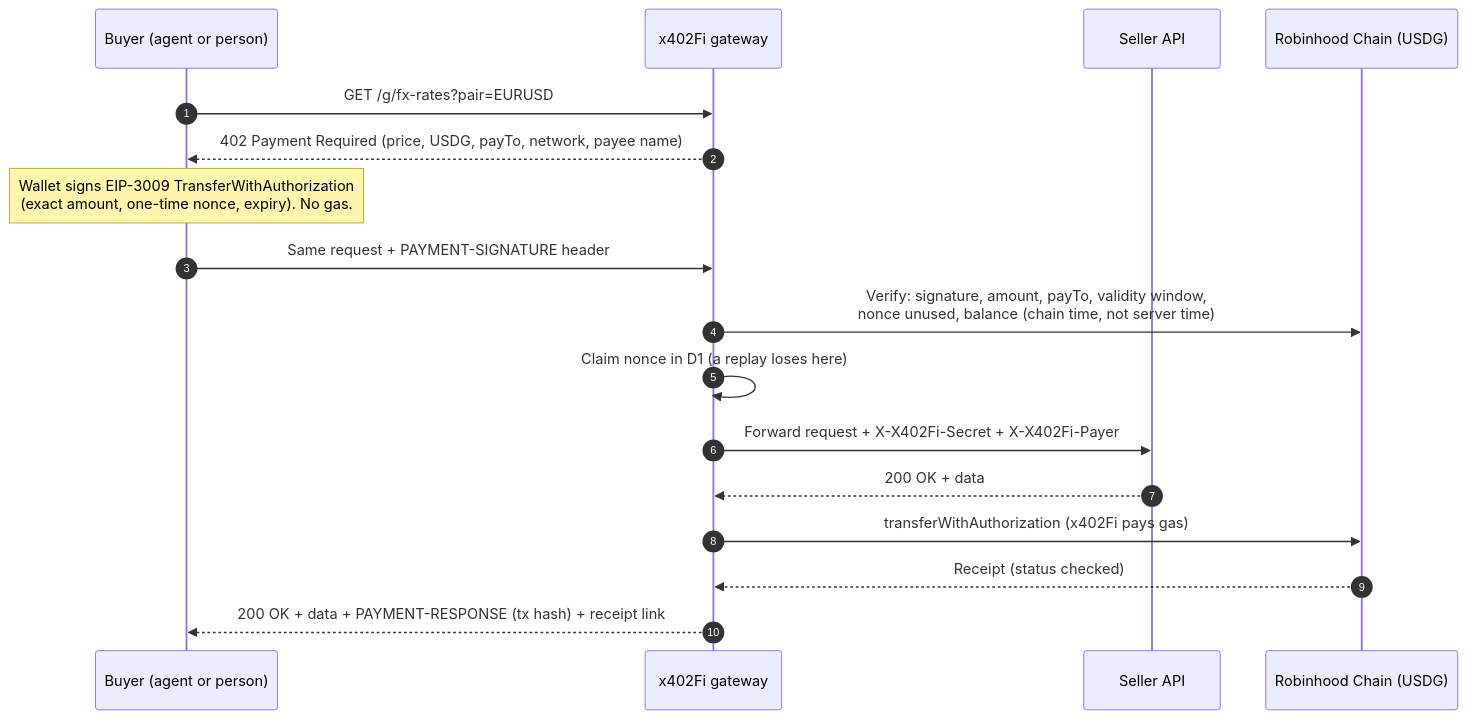
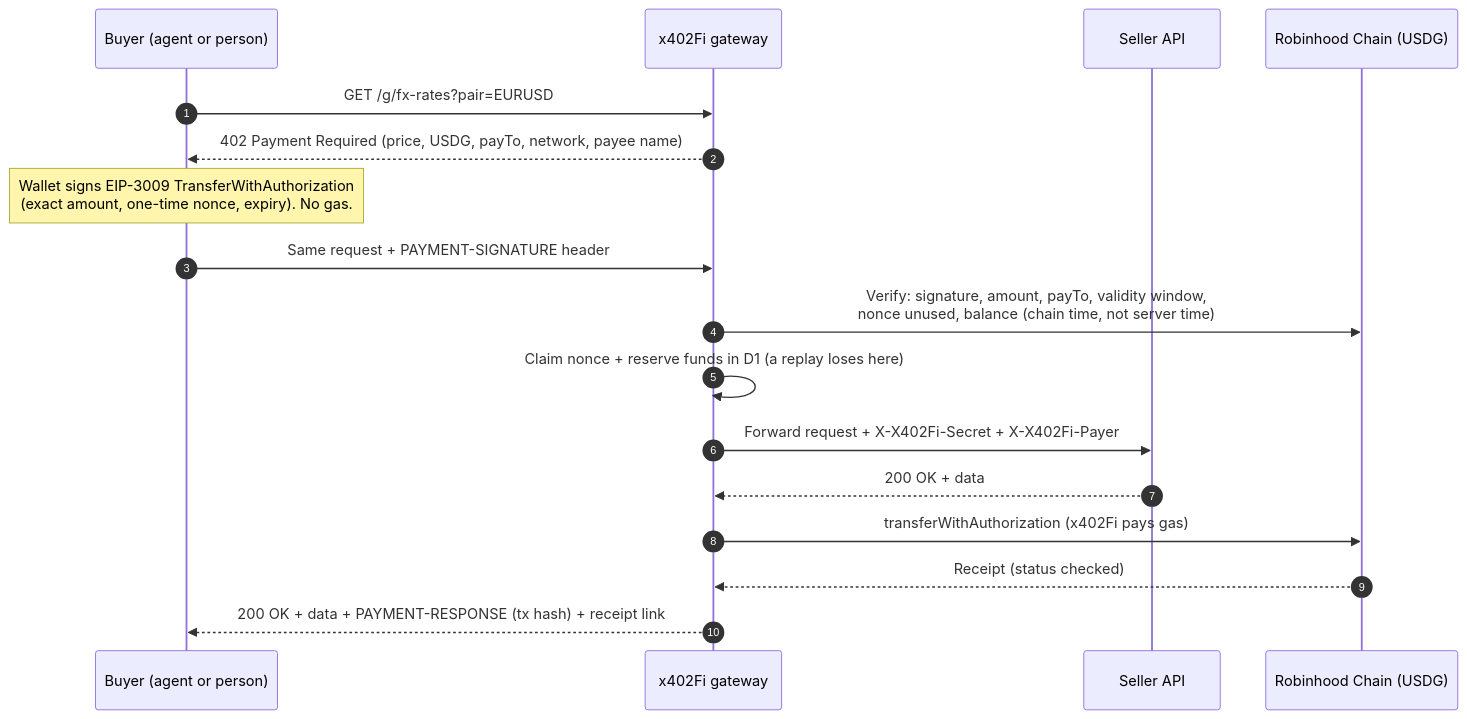
The diagram in README.md (RWA-ID/x402fi), drawn with Mermaid before and after one commit. The commit also changed other lines of this file and 11 other files, not shown here.

````diff
--- a/README.md
+++ b/README.md
@@ -81,20 +81,20 @@
 ```mermaid
 sequenceDiagram
     autonumber
     participant A as Buyer (agent or person)
     participant G as x402Fi gateway
     participant S as Seller API
     participant C as Robinhood Chain (USDG)
 
     A->>G: GET /g/fx-rates?pair=EURUSD
     G-->>A: 402 Payment Required (price, USDG, payTo, network, payee name)
     Note over A: Wallet signs EIP-3009 TransferWithAuthorization<br/>(exact amount, one-time nonce, expiry). No gas.
     A->>G: Same request + PAYMENT-SIGNATURE header
     G->>C: Verify: signature, amount, payTo, validity window,<br/>nonce unused, balance (chain time, not server time)
-    G->>G: Claim nonce in D1 (a replay loses here)
+    G->>G: Claim nonce + reserve funds in D1 (a replay loses here)
     G->>S: Forward request + X-X402Fi-Secret + X-X402Fi-Payer
     S-->>G: 200 OK + data
     G->>C: transferWithAuthorization (x402Fi pays gas)
     C-->>G: Receipt (status checked)
     G-->>A: 200 OK + data + PAYMENT-RESPONSE (tx hash) + receipt link
 ```
````
